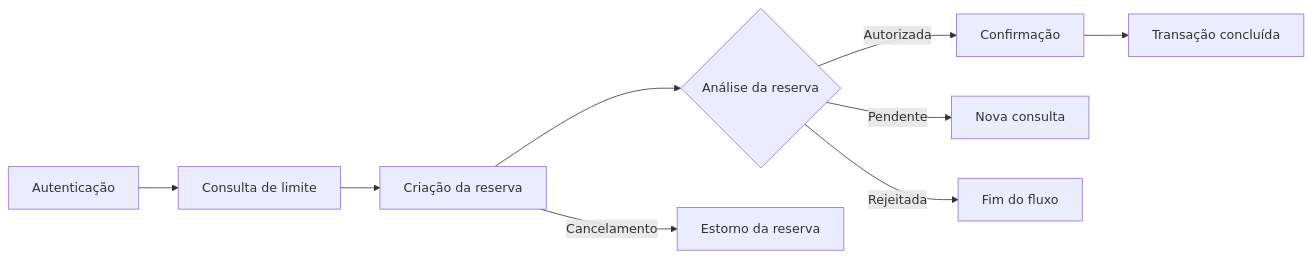
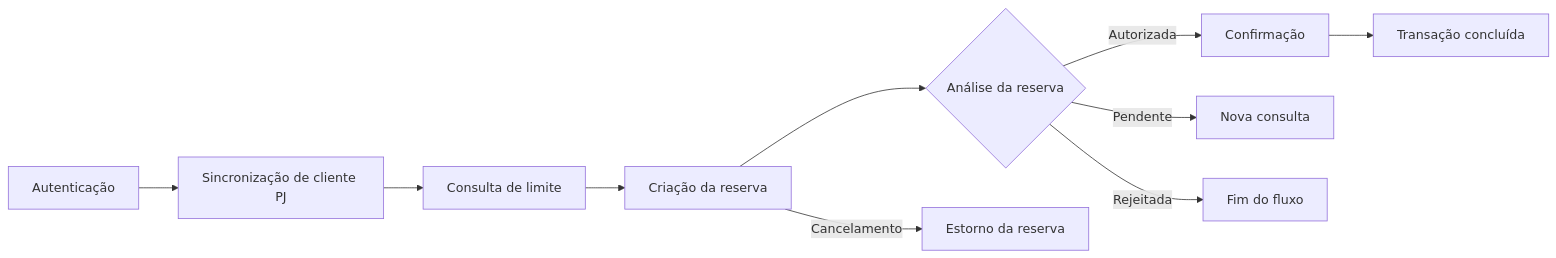
The diagram in README.md (crysataide/rest-vtex), drawn with Mermaid before and after one commit. The commit also changed 1 other file, not shown here.

Commit message:
feat: nova rota para sincronizar cliente PJ

````diff
--- a/README.md
+++ b/README.md
@@ -29,11 +29,14 @@
 ```mermaid
 flowchart LR
-    A[Autenticação] --> B[Consulta de limite]
-    B --> C[Criação da reserva]
-    C --> D{Análise da reserva}
-    D -->|Autorizada| E[Confirmação]
-    D -->|Pendente| F[Nova consulta]
-    D -->|Rejeitada| G[Fim do fluxo]
-    E --> H[Transação concluída]
-    C -->|Cancelamento| I[Estorno da reserva]
+    A[Autenticação] --> B[Sincronização de cliente PJ]
+    B --> C[Consulta de limite]
+    C --> D[Criação da reserva]
+    D --> E{Análise da reserva}
+
+    E -->|Autorizada| F[Confirmação]
+    E -->|Pendente| G[Nova consulta]
+    E -->|Rejeitada| H[Fim do fluxo]
+
+    F --> I[Transação concluída]
+    D -->|Cancelamento| J[Estorno da reserva]
 ```
````
